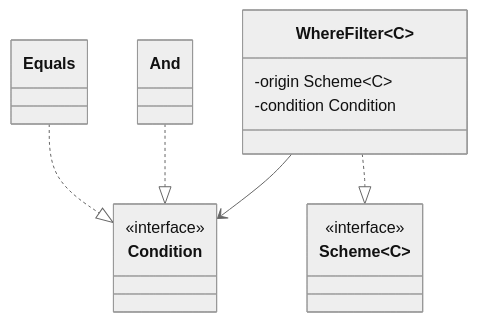
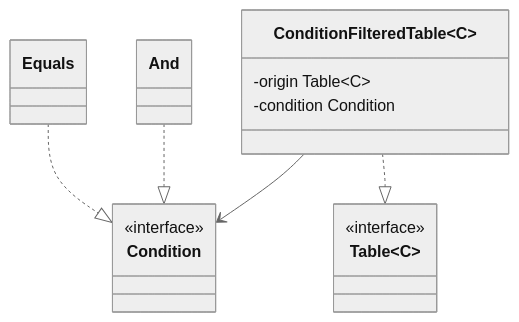
The third of 6 diagrams in docs/domain.md (safarislava/QueryBricks), drawn with Mermaid (neutral theme) before and after one commit. The commit also changed other lines of this file, not shown here.

Commit message:
docs: Define responsibilities of columns, table, schema

````diff
--- a/docs/domain.md
+++ b/docs/domain.md
@@ -48,23 +45,23 @@
 ```mermaid
 classDiagram
-    class Scheme~C~ {
+    class Table~C~ {
         <<interface>>
     }
 
     class Condition {
         <<interface>>
     }
 
     class Equals
     Equals ..|> Condition
     class And
     And ..|> Condition
 
-    class WhereFilter~C~ {
-        -origin Scheme~C~
+    class ConditionFilteredTable~C~ {
+        -origin Table~C~
         -condition Condition
     }
     %% надо сделать так, чтобы WHERE нельзя было писать после GROUP BY
-    WhereFilter ..|> Scheme
-    WhereFilter --> Condition
+    ConditionFilteredTable ..|> Table
+    ConditionFilteredTable --> Condition
 ```
````
